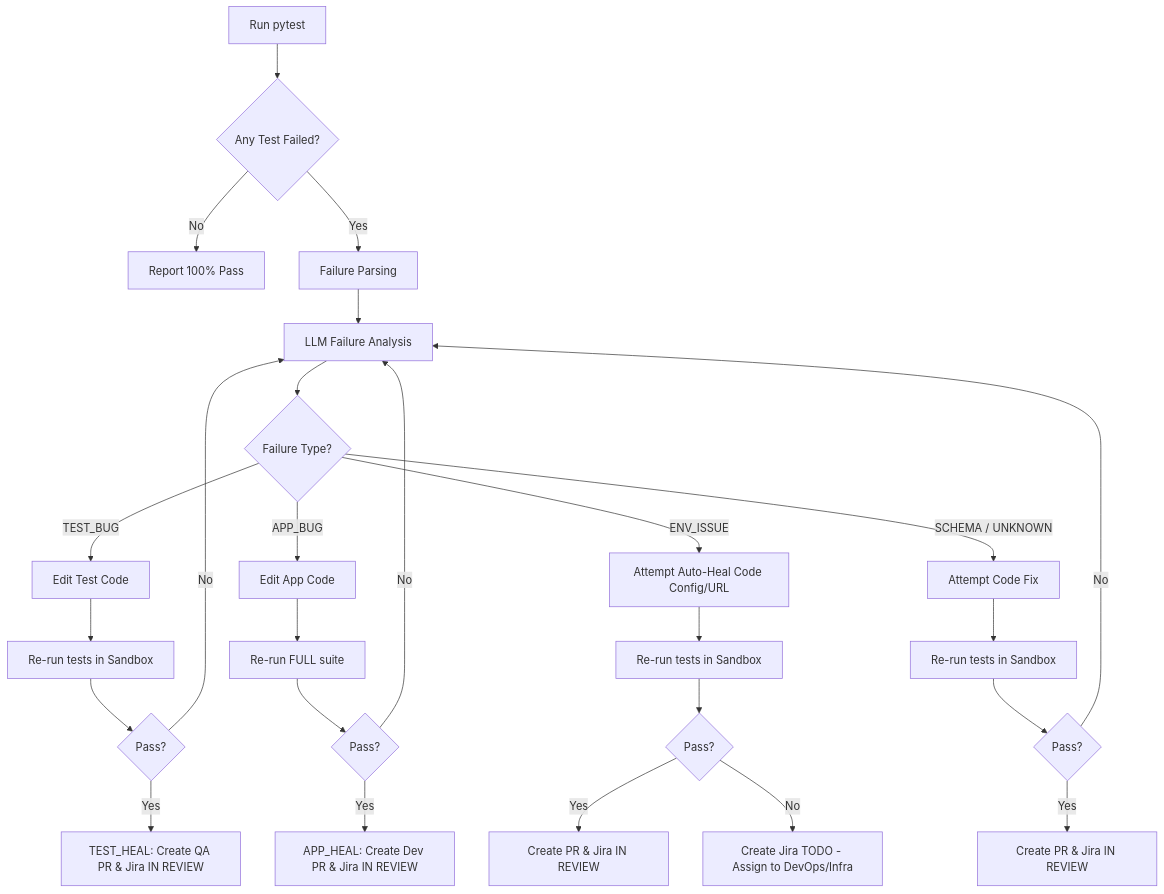
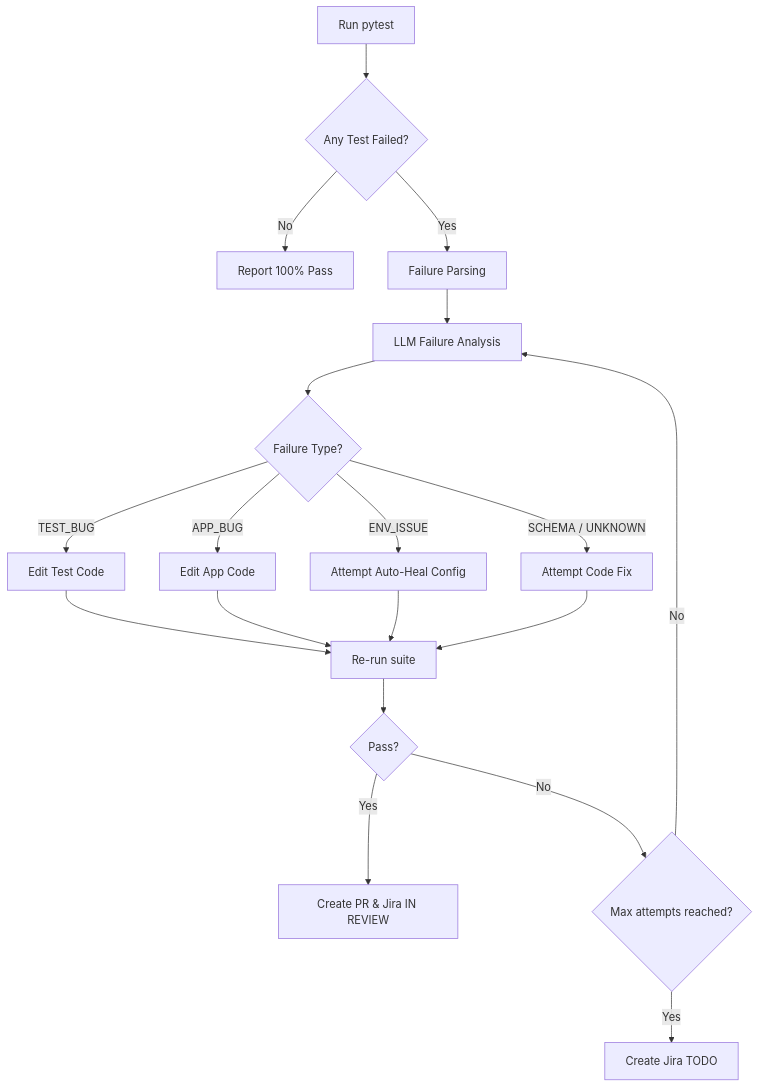
One commit to mohit-mungra-moschip/agentic_pipeline changed the diagram in demo_presentation_guide.md. Above: the diagram before and after it, drawn with Mermaid. The commit also changed 1 other file, not shown here.

Commit message:
docs: unify self-healing decision matrix flowchart with a single verification loop

````diff
--- a/demo_presentation_guide.md
+++ b/demo_presentation_guide.md
@@ -108,33 +108,25 @@
 ```mermaid
 graph TD
     A[Run pytest] --> B{Any Test Failed?}
     B -- No --> C[Report 100% Pass]
     B -- Yes --> D[Failure Parsing]
     D --> E[LLM Failure Analysis]
     
     E --> F{Failure Type?}
     
     F -- TEST_BUG --> G[Edit Test Code]
-    G --> H[Re-run tests in Sandbox]
-    H --> I{Pass?}
-    I -- Yes --> J[TEST_HEAL: Create QA PR & Jira IN REVIEW]
-    I -- No --> E
+    F -- APP_BUG --> H[Edit App Code]
+    F -- ENV_ISSUE --> I[Attempt Auto-Heal Config]
+    F -- SCHEMA / UNKNOWN --> J[Attempt Code Fix]
     
-    F -- APP_BUG --> K[Edit App Code]
-    K --> L[Re-run FULL suite]
-    L --> M{Pass?}
-    M -- Yes --> N[APP_HEAL: Create Dev PR & Jira IN REVIEW]
-    M -- No --> E
+    G --> K[Re-run suite]
+    H --> K
+    I --> K
+    J --> K
     
-    F -- ENV_ISSUE --> O[Attempt Auto-Heal Code Config/URL]
-    O --> P[Re-run tests in Sandbox]
-    P --> Q{Pass?}
-    Q -- Yes --> R[Create PR & Jira IN REVIEW]
-    Q -- No --> S[Create Jira TODO - Assign to DevOps/Infra]
-    
-    F -- SCHEMA / UNKNOWN --> T[Attempt Code Fix]
-    T --> U[Re-run tests in Sandbox]
-    U --> V{Pass?}
-    V -- Yes --> W[Create PR & Jira IN REVIEW]
-    V -- No --> E
+    K --> L{Pass?}
+    L -- Yes --> M[Create PR & Jira IN REVIEW]
+    L -- No --> N{Max attempts reached?}
+    N -- No --> E
+    N -- Yes --> O[Create Jira TODO]
 ```
````
